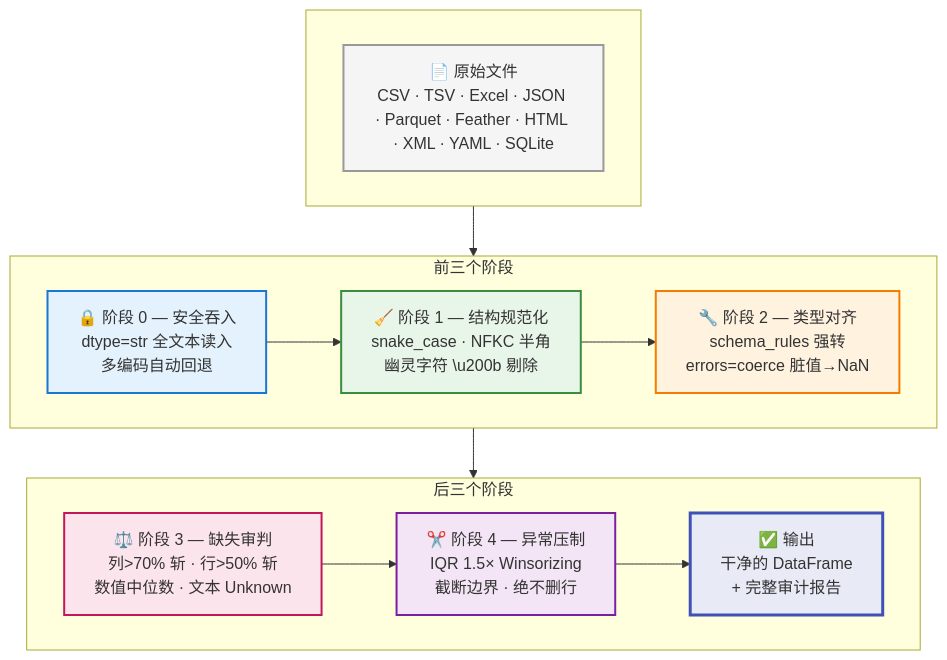
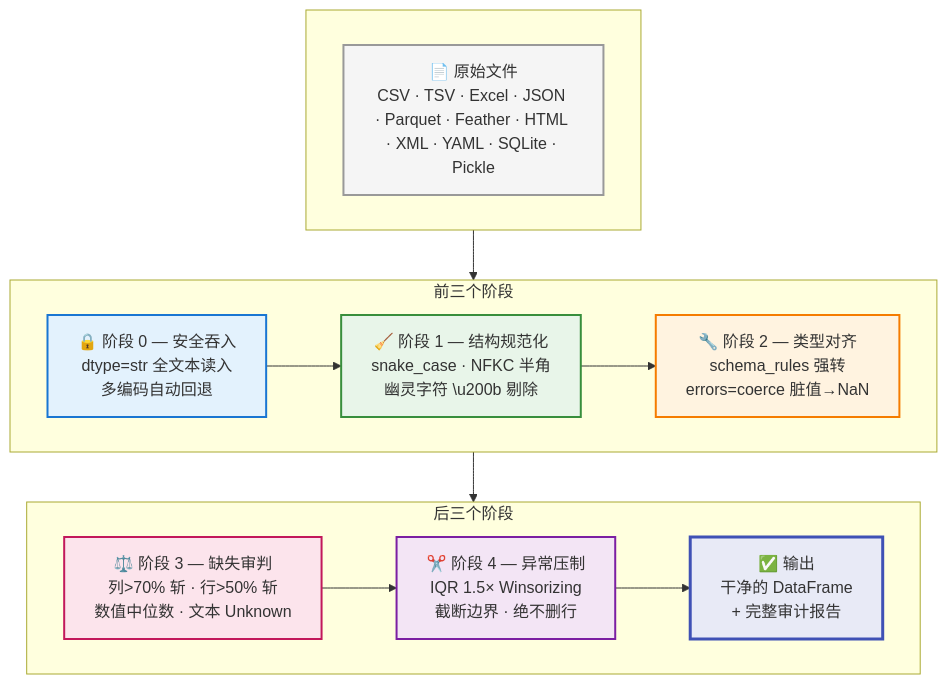
One commit to lytssaa/data-cleaning-skill changed the diagram in README.md. Above: the diagram before and after it, drawn with Mermaid. The commit also changed other lines of this file and 1 other file, not shown here.

````diff
--- a/README.md
+++ b/README.md
@@ -100,29 +100,29 @@
 ```mermaid
 flowchart TB
     subgraph title[" "]
         direction LR
-        T["📄 原始文件<br/>CSV · TSV · Excel · JSON · Parquet · Feather · HTML · XML · YAML · SQLite"]
+        T["📄 原始文件<br/>CSV · TSV · Excel · JSON · Parquet · Feather · HTML · XML · YAML · SQLite · Pickle"]
     end
 
     subgraph row1["前三个阶段"]
         direction LR
         B["🔒 阶段 0 — 安全吞入<br/>dtype=str 全文本读入<br/>多编码自动回退"] --> C["🧹 阶段 1 — 结构规范化<br/>snake_case · NFKC 半角<br/>幽灵字符 \u200b 剔除"]
         C --> D["🔧 阶段 2 — 类型对齐<br/>schema_rules 强转<br/>errors=coerce 脏值→NaN"]
     end
 
     subgraph row2["后三个阶段"]
         direction LR
         E["⚖️ 阶段 3 — 缺失审判<br/>列>70% 斩 · 行>50% 斩<br/>数值中位数 · 文本 Unknown"] --> F["✂️ 阶段 4 — 异常压制<br/>IQR 1.5× Winsorizing<br/>截断边界 · 绝不删行"]
         F --> G["✅ 输出<br/>干净的 DataFrame<br/>+ 完整审计报告"]
     end
 
     title --> row1 --> row2
 
     style T fill:#f5f5f5,stroke:#999,stroke-width:2px
     style B fill:#e3f2fd,stroke:#1976d2,stroke-width:2px
     style C fill:#e8f5e9,stroke:#388e3c,stroke-width:2px
     style D fill:#fff3e0,stroke:#f57c00,stroke-width:2px
     style E fill:#fce4ec,stroke:#c2185b,stroke-width:2px
     style F fill:#f3e5f5,stroke:#7b1fa2,stroke-width:2px
     style G fill:#e8eaf6,stroke:#3f51b5,stroke-width:3px
 ```
````
